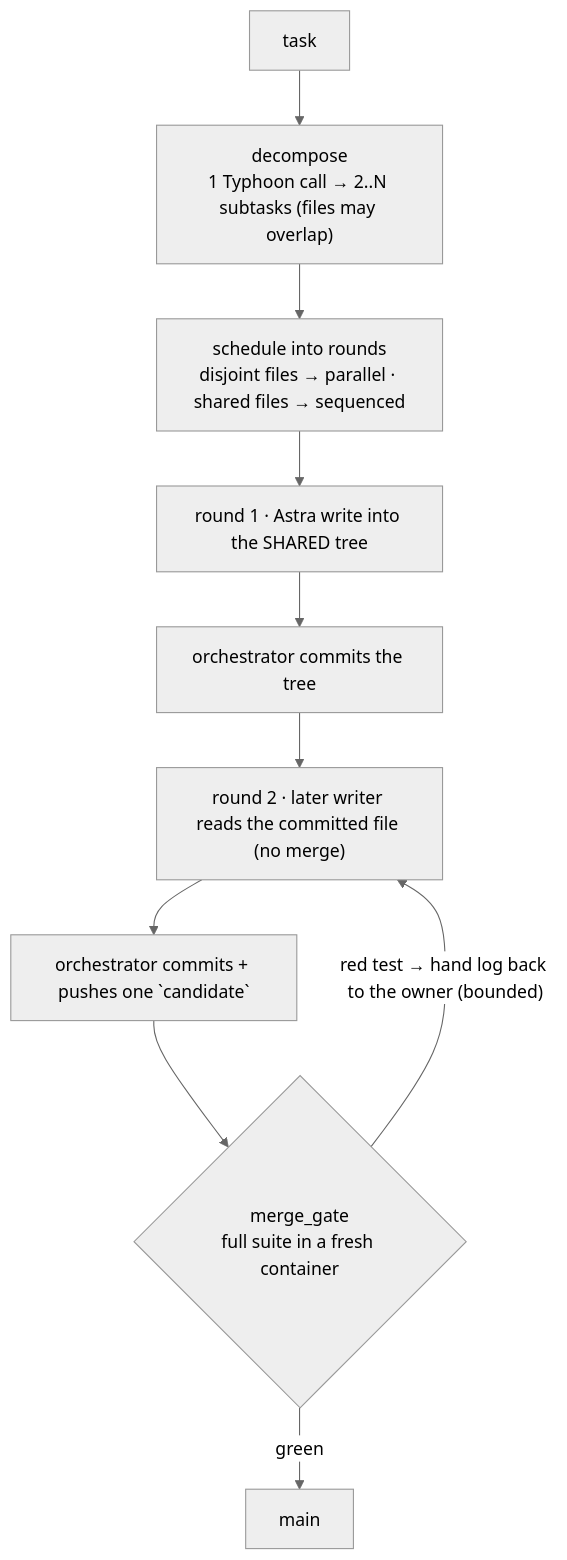
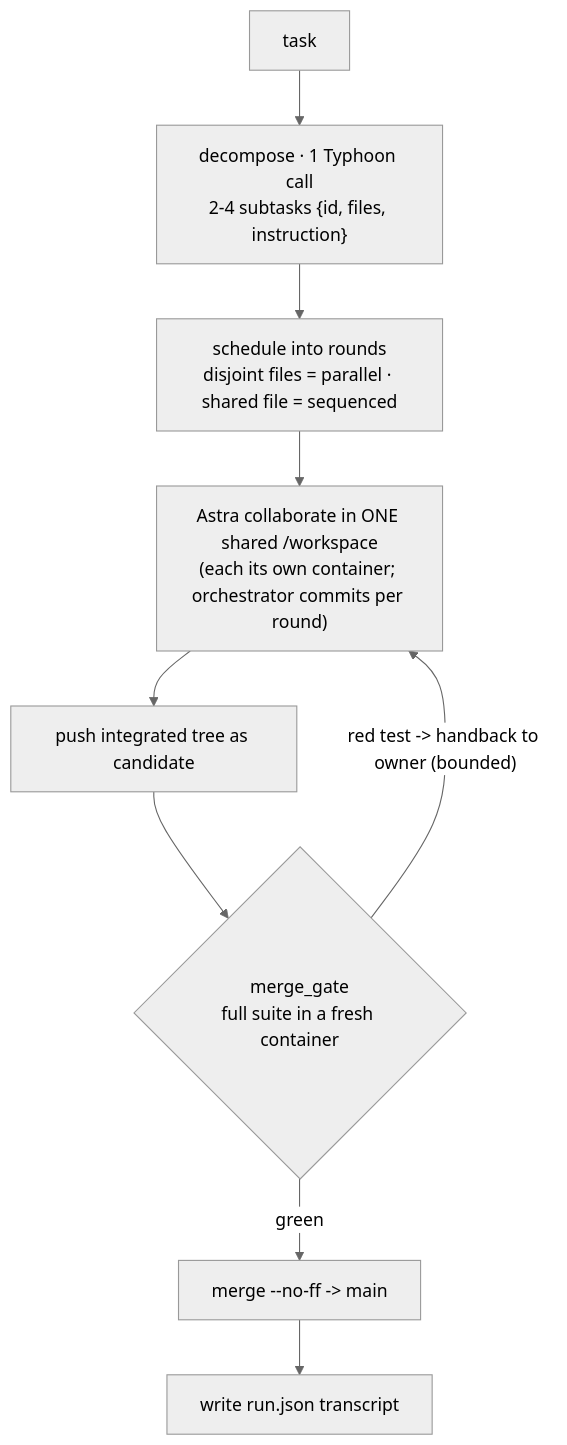
The diagram in README.md (santapong/Astraeus), drawn with Mermaid (neutral theme) before and after one commit. The commit also changed other lines of this file and 7 other files, not shown here.

First line of the commit message:
phase2: audit fixes + usage/architecture docs

````diff
--- a/README.md
+++ b/README.md
@@ -127,12 +17,11 @@
 ```mermaid
 flowchart TD
-    T["task"] --> D["decompose<br/>1 Typhoon call → 2..N subtasks (files may overlap)"]
-    D --> S["schedule into rounds<br/>disjoint files → parallel · shared files → sequenced"]
-    S --> R1["round 1 · Astra write into the SHARED tree"]
-    R1 --> C1["orchestrator commits the tree"]
-    C1 --> R2["round 2 · later writer reads the committed file (no merge)"]
-    R2 --> C2["orchestrator commits + pushes one `candidate`"]
-    C2 --> G{"merge_gate<br/>full suite in a fresh container"}
-    G -->|green| M["main"]
-    G -->|"red test → hand log back to the owner (bounded)"| R2
+    T["task"] --> D["decompose · 1 Typhoon call<br/>2-4 subtasks {id, files, instruction}"]
+    D --> S["schedule into rounds<br/>disjoint files = parallel · shared file = sequenced"]
+    S --> R["Astra collaborate in ONE shared /workspace<br/>(each its own container; orchestrator commits per round)"]
+    R --> C["push integrated tree as candidate"]
+    C --> G{"merge_gate<br/>full suite in a fresh container"}
+    G -->|green| M["merge --no-ff -> main"]
+    G -->|"red test -> handback to owner (bounded)"| R
+    M --> J["write run.json transcript"]
 ```
````
